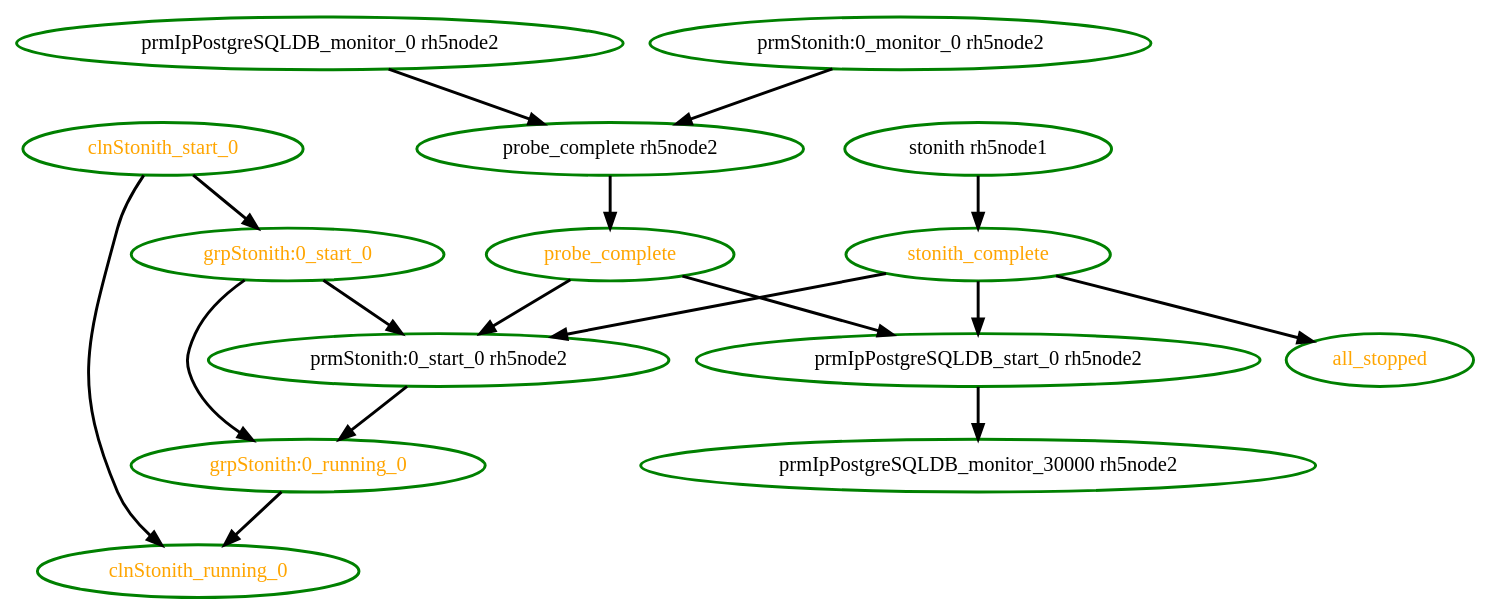
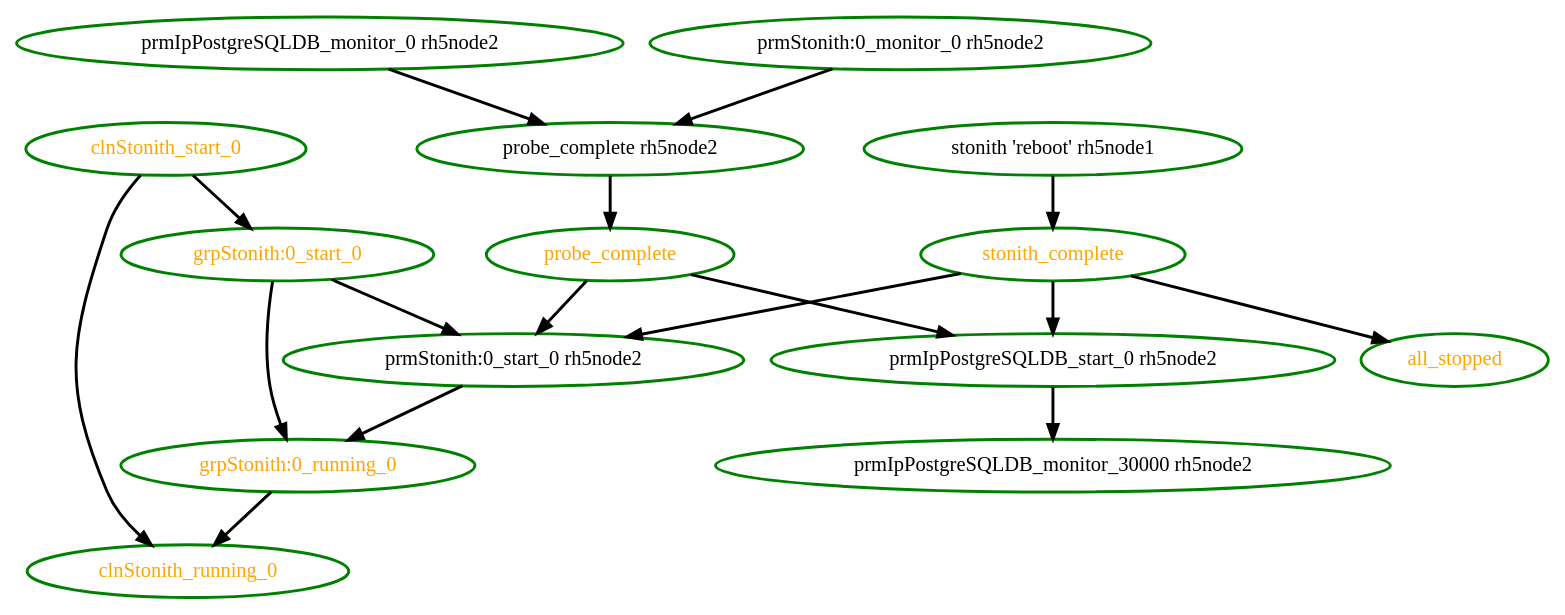
One commit to ClusterLabs/pacemaker changed the diagram in pengine/test10/stonith-3.dot. Above: the diagram before and after it, drawn with Graphviz. The commit also changed 51 other files, not shown here.

Commit message:
Test: PE: Include stonith operation in .dot graph regression test results

```diff
--- a/pengine/test10/stonith-3.dot
+++ b/pengine/test10/stonith-3.dot
@@ -1,32 +1,32 @@
 digraph "g" {
 "all_stopped" [ style=bold color="green" fontcolor="orange" ]
 "clnStonith_running_0" [ style=bold color="green" fontcolor="orange" ]
 "clnStonith_start_0" -> "clnStonith_running_0" [ style = bold]
 "clnStonith_start_0" -> "grpStonith:0_start_0" [ style = bold]
 "clnStonith_start_0" [ style=bold color="green" fontcolor="orange" ]
 "grpStonith:0_running_0" -> "clnStonith_running_0" [ style = bold]
 "grpStonith:0_running_0" [ style=bold color="green" fontcolor="orange" ]
 "grpStonith:0_start_0" -> "grpStonith:0_running_0" [ style = bold]
 "grpStonith:0_start_0" -> "prmStonith:0_start_0 rh5node2" [ style = bold]
 "grpStonith:0_start_0" [ style=bold color="green" fontcolor="orange" ]
 "prmIpPostgreSQLDB_monitor_0 rh5node2" -> "probe_complete rh5node2" [ style = bold]
 "prmIpPostgreSQLDB_monitor_0 rh5node2" [ style=bold color="green" fontcolor="black" ]
 "prmIpPostgreSQLDB_monitor_30000 rh5node2" [ style=bold color="green" fontcolor="black" ]
 "prmIpPostgreSQLDB_start_0 rh5node2" -> "prmIpPostgreSQLDB_monitor_30000 rh5node2" [ style = bold]
 "prmIpPostgreSQLDB_start_0 rh5node2" [ style=bold color="green" fontcolor="black" ]
 "prmStonith:0_monitor_0 rh5node2" -> "probe_complete rh5node2" [ style = bold]
 "prmStonith:0_monitor_0 rh5node2" [ style=bold color="green" fontcolor="black" ]
 "prmStonith:0_start_0 rh5node2" -> "grpStonith:0_running_0" [ style = bold]
 "prmStonith:0_start_0 rh5node2" [ style=bold color="green" fontcolor="black" ]
 "probe_complete rh5node2" -> "probe_complete" [ style = bold]
 "probe_complete rh5node2" [ style=bold color="green" fontcolor="black" ]
 "probe_complete" -> "prmIpPostgreSQLDB_start_0 rh5node2" [ style = bold]
 "probe_complete" -> "prmStonith:0_start_0 rh5node2" [ style = bold]
 "probe_complete" [ style=bold color="green" fontcolor="orange" ]
-"stonith rh5node1" -> "stonith_complete" [ style = bold]
-"stonith rh5node1" [ style=bold color="green" fontcolor="black" ]
+"stonith 'reboot' rh5node1" -> "stonith_complete" [ style = bold]
+"stonith 'reboot' rh5node1" [ style=bold color="green" fontcolor="black"]
 "stonith_complete" -> "all_stopped" [ style = bold]
 "stonith_complete" -> "prmIpPostgreSQLDB_start_0 rh5node2" [ style = bold]
 "stonith_complete" -> "prmStonith:0_start_0 rh5node2" [ style = bold]
 "stonith_complete" [ style=bold color="green" fontcolor="orange" ]
 }
```
